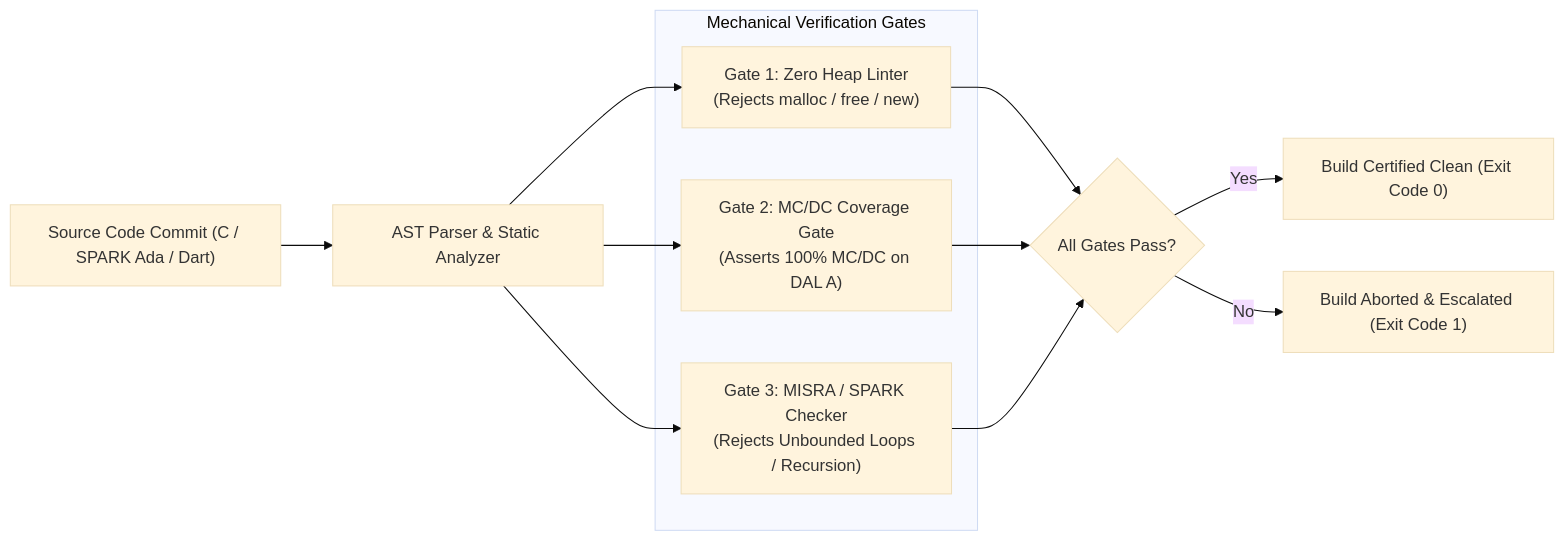
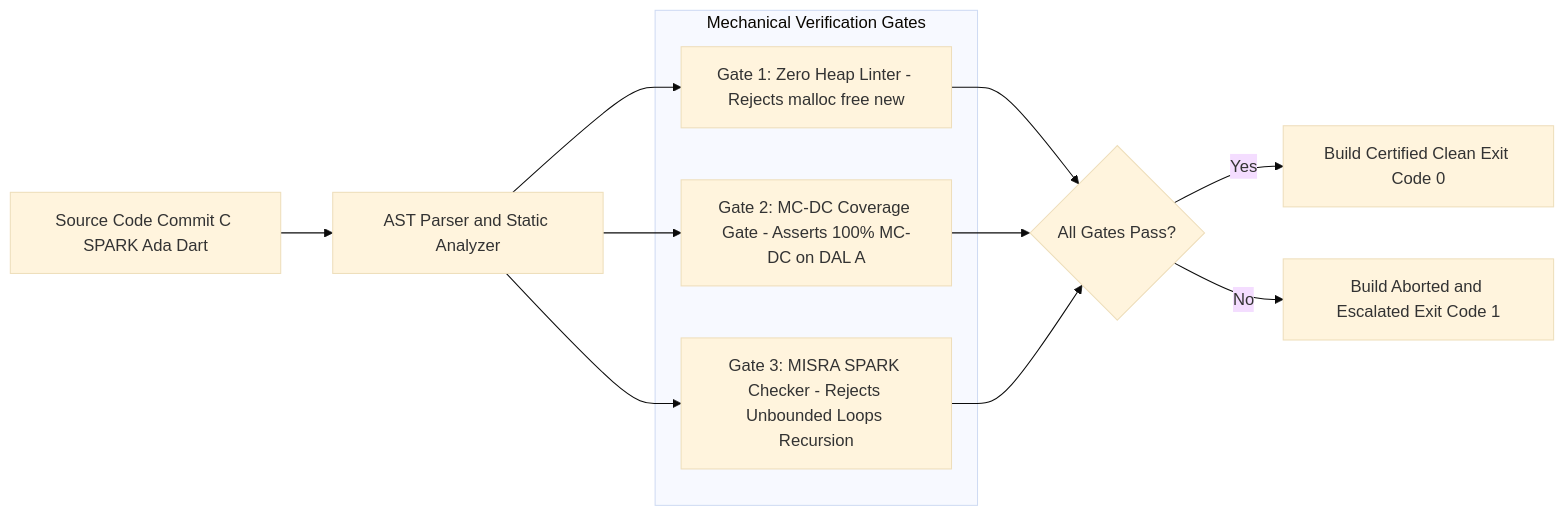
Before and after one commit to gintatkinson/DEAP-spec-core: the seventh of 8 diagrams in docs/architecture/blueprints/DEAP_FLIGHT_SYSTEMS_SAFETY_CONCEPT_PAPER.md, drawn with Mermaid (base theme). The commit also changed other lines of this file and 5 other files, not shown here.

````diff
--- a/docs/architecture/blueprints/DEAP_FLIGHT_SYSTEMS_SAFETY_CONCEPT_PAPER.md
+++ b/docs/architecture/blueprints/DEAP_FLIGHT_SYSTEMS_SAFETY_CONCEPT_PAPER.md
@@ -646,19 +646,19 @@
 ```mermaid
 flowchart LR
-    Code_Input["Source Code Commit (C / SPARK Ada / Dart)"] --> AST_Parser["AST Parser & Static Analyzer"]
+    Code_Input["Source Code Commit C SPARK Ada Dart"] --> AST_Parser["AST Parser and Static Analyzer"]
 
     subgraph Linters ["Mechanical Verification Gates"]
-        L1["Gate 1: Zero Heap Linter\n(Rejects malloc / free / new)"]
-        L2["Gate 2: MC/DC Coverage Gate\n(Asserts 100% MC/DC on DAL A)"]
-        L3["Gate 3: MISRA / SPARK Checker\n(Rejects Unbounded Loops / Recursion)"]
+        L1["Gate 1: Zero Heap Linter - Rejects malloc free new"]
+        L2["Gate 2: MC-DC Coverage Gate - Asserts 100% MC-DC on DAL A"]
+        L3["Gate 3: MISRA SPARK Checker - Rejects Unbounded Loops Recursion"]
     end
 
     AST_Parser --> L1
     AST_Parser --> L2
     AST_Parser --> L3
     L1 --> Pass_Fail{"All Gates Pass?"}
     L2 --> Pass_Fail
     L3 --> Pass_Fail
-    Pass_Fail -->|Yes| Build_OK["Build Certified Clean (Exit Code 0)"]
-    Pass_Fail -->|No| Build_Fail["Build Aborted & Escalated (Exit Code 1)"]
+    Pass_Fail -->|Yes| Build_OK["Build Certified Clean Exit Code 0"]
+    Pass_Fail -->|No| Build_Fail["Build Aborted and Escalated Exit Code 1"]
 ```
````
